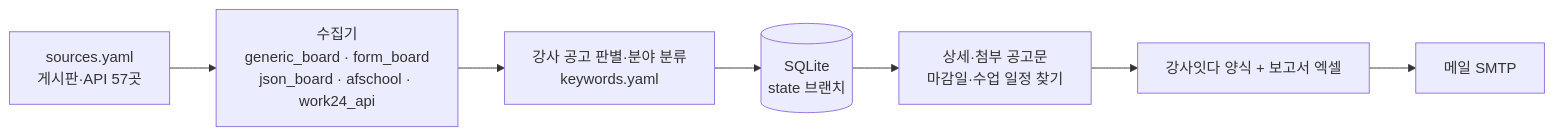
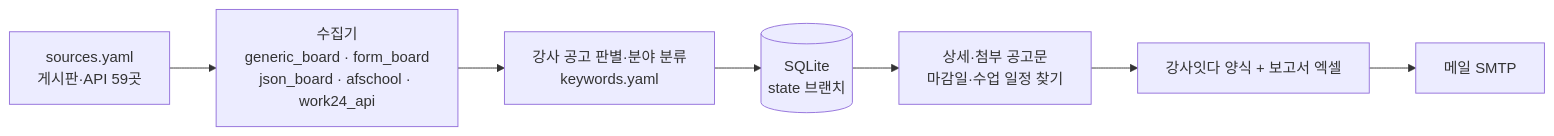
The diagram in docs/DESIGN.md (thskal17-sudo/busan-school-company), drawn with Mermaid before and after one commit. The commit also changed other lines of this file and 5 other files, not shown here.

````diff
--- a/docs/DESIGN.md
+++ b/docs/DESIGN.md
@@ -29,9 +29,9 @@
 ```mermaid
 flowchart LR
-    S[sources.yaml<br/>게시판·API 57곳] --> C[수집기<br/>generic_board · form_board<br/>json_board · afschool · work24_api]
+    S[sources.yaml<br/>게시판·API 59곳] --> C[수집기<br/>generic_board · form_board<br/>json_board · afschool · work24_api]
     C --> F[강사 공고 판별·분야 분류<br/>keywords.yaml]
     F --> D[(SQLite<br/>state 브랜치)]
     D --> I[상세·첨부 공고문<br/>마감일·수업 일정 찾기]
     I --> X[강사잇다 양식 + 보고서 엑셀]
     X --> M[메일 SMTP]
 ```
````
